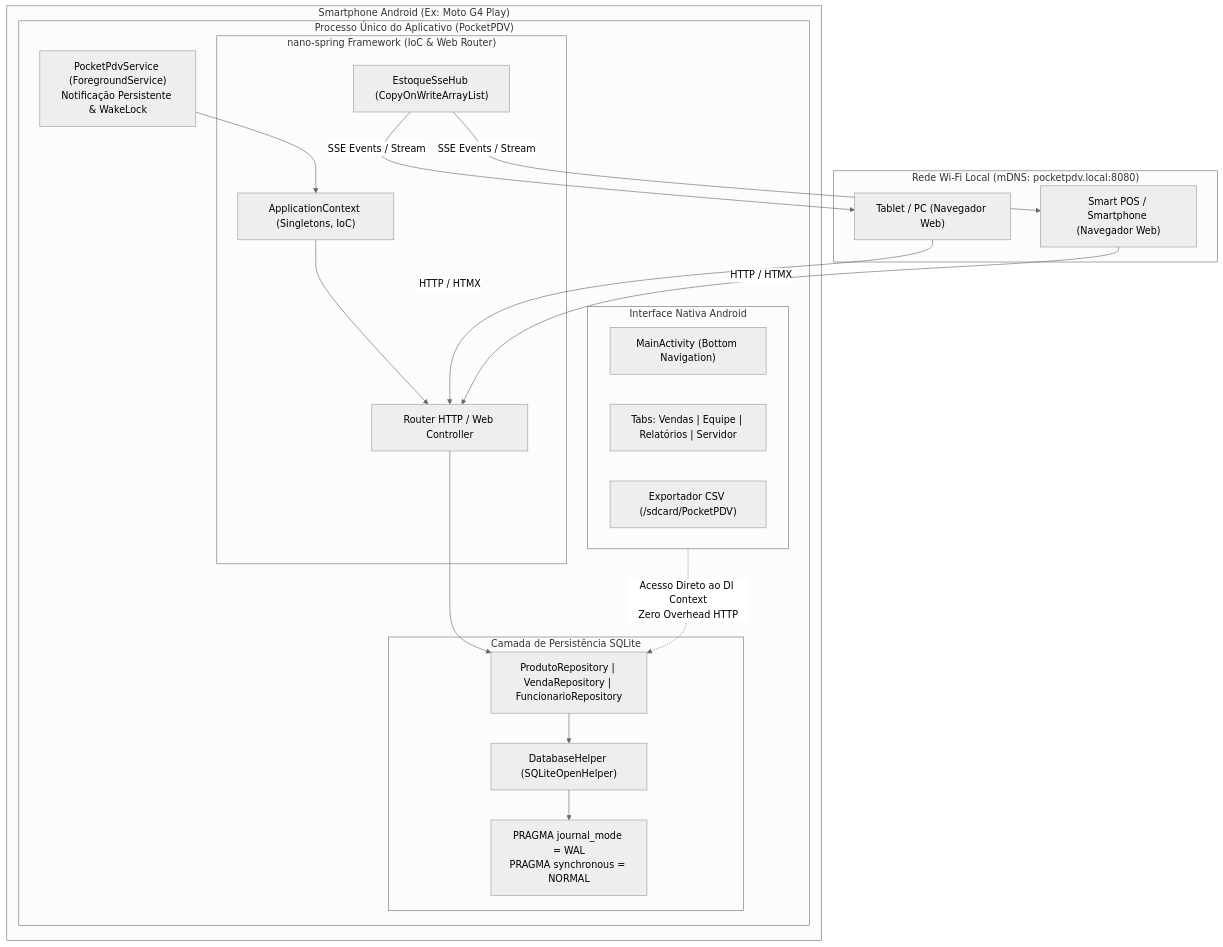
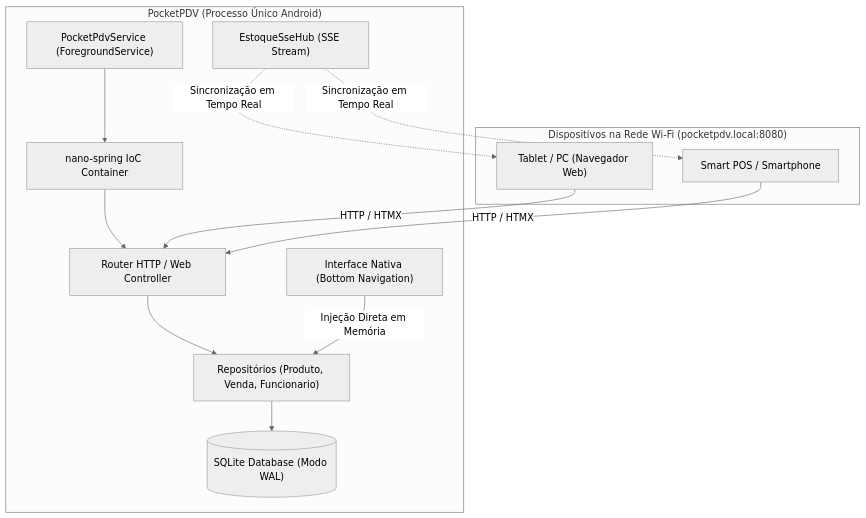
One commit to matheuscruzsouza/pocket-pdv changed the diagram in README.md. Above: the diagram before and after it, drawn with Mermaid (neutral theme).

Commit message:
docs(readme): fix mermaid architecture diagram rendering for github
Flatten nested subgraphs and remove unescaped generics in Mermaid definition
to resolve the "Could not find a suitable point for the given distance"
layout engine error on GitHub.

````diff
--- a/README.md
+++ b/README.md
@@ -50,44 +50,29 @@
 ```mermaid
-flowchart TB
-    subgraph Dispositivo ["Smartphone Android (Ex: Moto G4 Play)"]
-        subgraph AppProcess ["Processo Único do Aplicativo (PocketPDV)"]
-            Service["PocketPdvService (ForegroundService)<br/>Notificação Persistente & WakeLock"]
-            
-            subgraph Engine ["nano-spring Framework (IoC & Web Router)"]
-                Context["ApplicationContext (Singletons, IoC)"]
-                Router["Router HTTP / Web Controller"]
-                SSE["EstoqueSseHub (CopyOnWriteArrayList<SseEmitter>)"]
-            end
-            
-            subgraph Persistence ["Camada de Persistência SQLite"]
-                DB["DatabaseHelper (SQLiteOpenHelper)"]
-                WAL["PRAGMA journal_mode = WAL<br/>PRAGMA synchronous = NORMAL"]
-                Repos["ProdutoRepository | VendaRepository | FuncionarioRepository"]
-            end
-            
-            subgraph NativeUI ["Interface Nativa Android"]
-                MainActivity["MainActivity (Bottom Navigation)"]
-                Tabs["Tabs: Vendas | Equipe | Relatórios | Servidor"]
-                CSV["Exportador CSV (/sdcard/PocketPDV)"]
-            end
-        end
+flowchart TD
+    subgraph AndroidApp ["PocketPDV (Processo Único Android)"]
+        Service["PocketPdvService (ForegroundService)"]
+        Context["nano-spring IoC Container"]
+        Router["Router HTTP / Web Controller"]
+        SSE["EstoqueSseHub (SSE Stream)"]
+        Repos["Repositórios (Produto, Venda, Funcionario)"]
+        DB[("SQLite Database (Modo WAL)")]
+        UI["Interface Nativa (Bottom Navigation)"]
     end
 
-    subgraph RedeLocal ["Rede Wi-Fi Local (mDNS: pocketpdv.local:8080)"]
-        Terminal1["Tablet / PC (Navegador Web)"]
-        Terminal2["Smart POS / Smartphone (Navegador Web)"]
+    subgraph RedeLocal ["Dispositivos na Rede Wi-Fi (pocketpdv.local:8080)"]
+        WebPC["Tablet / PC (Navegador Web)"]
+        WebMobile["Smart POS / Smartphone"]
     end
 
     Service --> Context
     Context --> Router
     Router --> Repos
     Repos --> DB
-    DB --> WAL
 
-    NativeUI -.->|Acesso Direto ao DI Context<br/>Zero Overhead HTTP| Repos
+    UI -->|Injeção Direta em Memória| Repos
 
-    Terminal1 -->|HTTP / HTMX| Router
-    Terminal2 -->|HTTP / HTMX| Router
-    SSE -->|SSE Events / Stream| Terminal1
-    SSE -->|SSE Events / Stream| Terminal2
+    WebPC -->|HTTP / HTMX| Router
+    WebMobile -->|HTTP / HTMX| Router
+    SSE -.->|Sincronização em Tempo Real| WebPC
+    SSE -.->|Sincronização em Tempo Real| WebMobile
 ```
````
